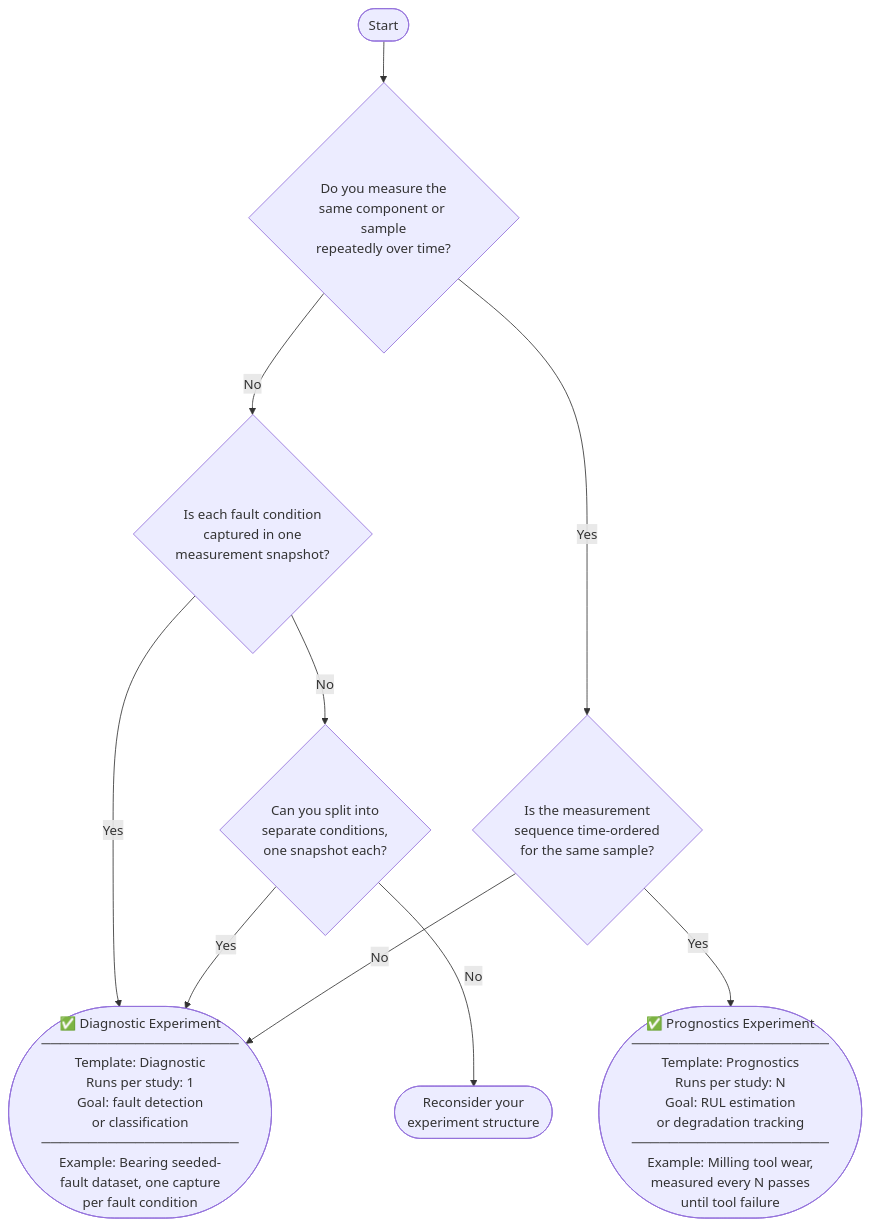
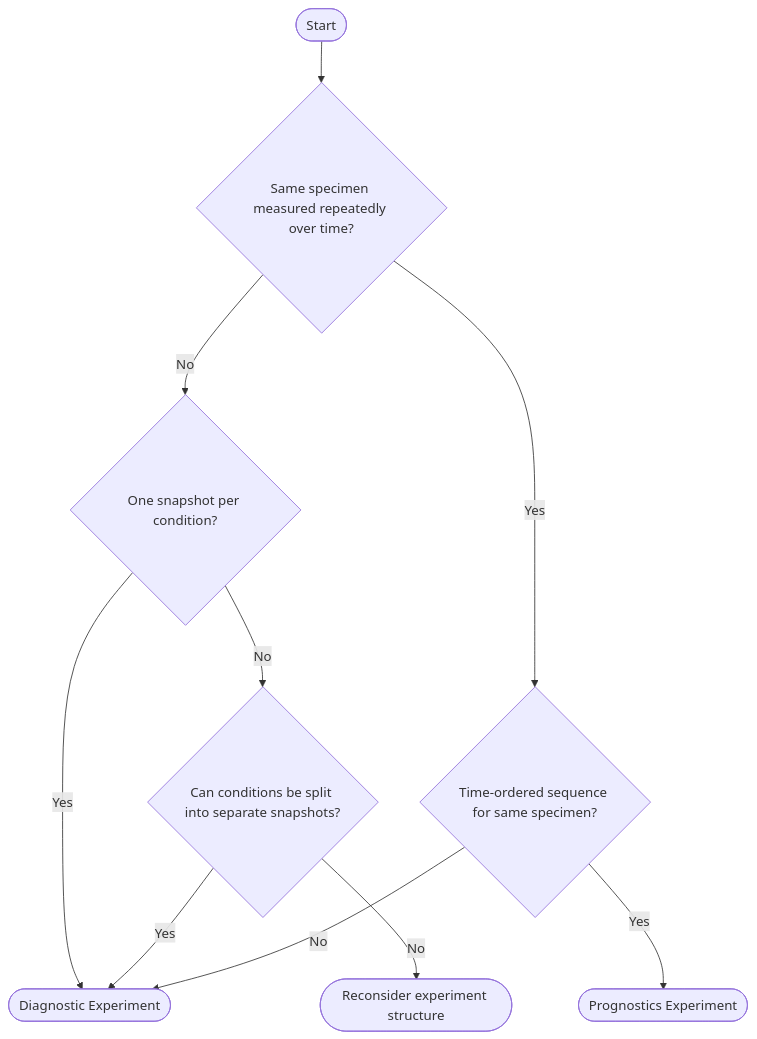
Before and after one commit to NathanHouwaart/ISA-PHM-Wizard: the diagram in docs/guides/GUIDE_CONCEPTS.md, drawn with Mermaid. The commit also changed other lines of this file and 25 other files, not shown here.

````diff
--- a/docs/guides/GUIDE_CONCEPTS.md
+++ b/docs/guides/GUIDE_CONCEPTS.md
@@ -151,18 +179,12 @@
 ```mermaid
 flowchart TD
-    A([Start]) --> B{Do you measure the\nsame component or sample\nrepeatedly over time?}
-
-    B -- No --> C{Is each fault condition\ncaptured in one\nmeasurement snapshot?}
-    C -- Yes --> DIAG
-    C -- No --> D{Can you split into\nseparate conditions,\none snapshot each?}
+    A([Start]) --> B{Same specimen measured repeatedly over time?}
+    B -- No --> C{One snapshot per condition?}
+    C -- Yes --> DIAG([Diagnostic Experiment])
+    C -- No --> D{Can conditions be split into separate snapshots?}
     D -- Yes --> DIAG
-    D -- No --> RECONSIDER([Reconsider your\nexperiment structure])
-
-    B -- Yes --> E{Is the measurement\nsequence time-ordered\nfor the same sample?}
-    E -- Yes --> PROG
+    D -- No --> R([Reconsider experiment structure])
+    B -- Yes --> E{Time-ordered sequence for same specimen?}
+    E -- Yes --> PROG([Prognostics Experiment])
     E -- No --> DIAG
-
-    DIAG(["✅ Diagnostic Experiment\n─────────────────────\nTemplate: Diagnostic\nRuns per study: 1\nGoal: fault detection\nor classification\n─────────────────────\nExample: Bearing seeded-\nfault dataset, one capture\nper fault condition"])
-
-    PROG(["✅ Prognostics Experiment\n─────────────────────\nTemplate: Prognostics\nRuns per study: N\nGoal: RUL estimation\nor degradation tracking\n─────────────────────\nExample: Milling tool wear,\nmeasured every N passes\nuntil tool failure"])
 ```
````
